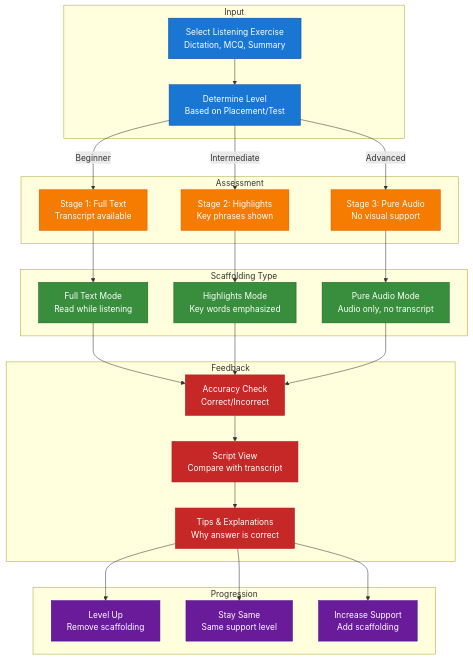
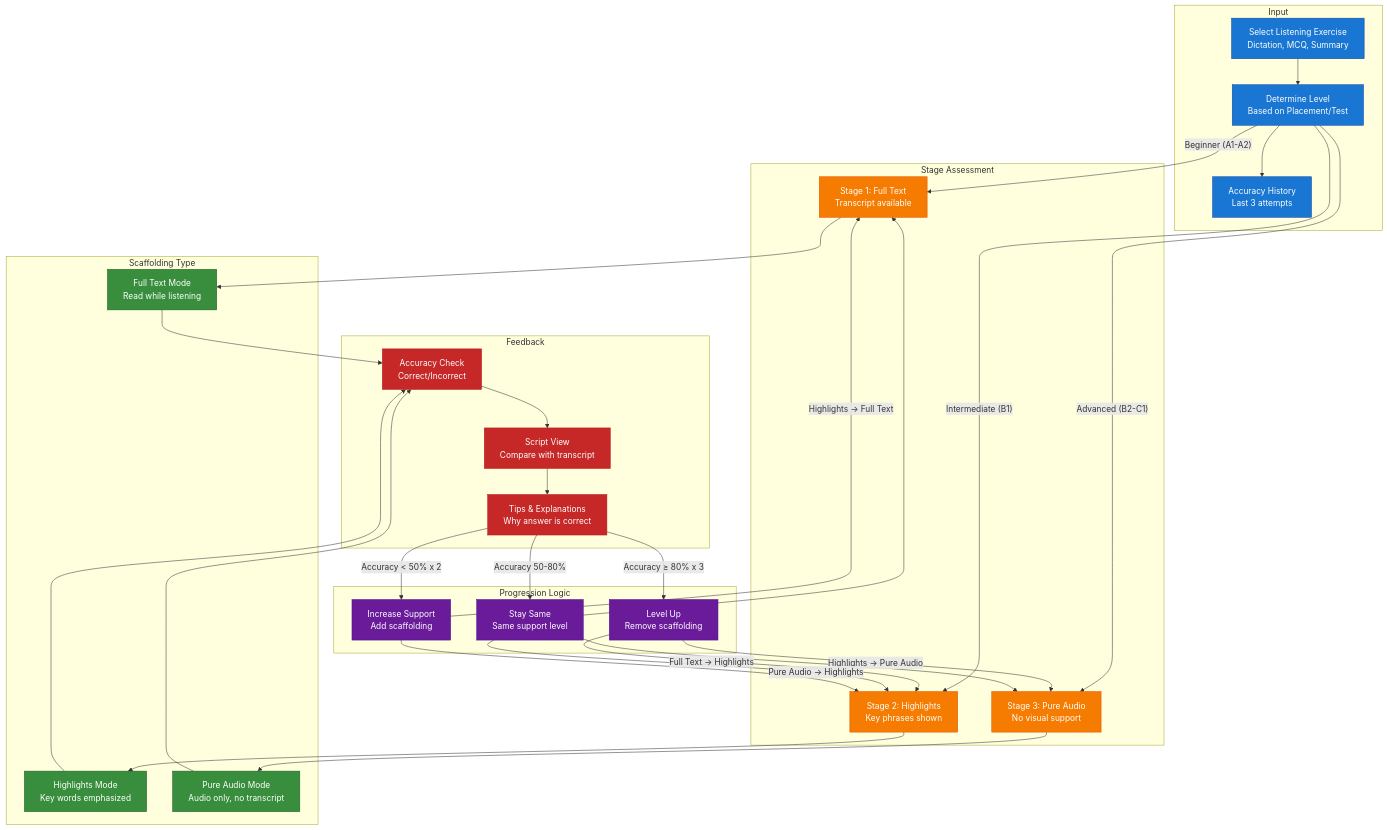
The tenth of 13 diagrams in docs/capstone/diagrams/flow-diagrams.vi.md (nghyane/VSTEP), drawn with Mermaid before and after one commit. The commit also changed other lines of this file, not shown here.

First line of the commit message:
docs: enhance flow diagrams with error handling, saga pattern, and confidence scoring

````diff
--- a/docs/capstone/diagrams/flow-diagrams.vi.md
+++ b/docs/capstone/diagrams/flow-diagrams.vi.md
@@ -258,59 +812,73 @@
 ```mermaid
 flowchart TB
     subgraph Input ["Input"]
         Exercise["Select Listening Exercise<br/>Dictation, MCQ, Summary"]
         Level["Determine Level<br/>Based on Placement/Test"]
+        AccuracyHistory["Accuracy History<br/>Last 3 attempts"]
     end
 
-    subgraph Assessment ["Assessment"]
+    subgraph Assessment ["Stage Assessment"]
         Stage1["Stage 1: Full Text<br/>Transcript available"]
         Stage2["Stage 2: Highlights<br/>Key phrases shown"]
         Stage3["Stage 3: Pure Audio<br/>No visual support"]
     end
 
     subgraph Scaffold ["Scaffolding Type"]
         FullText["Full Text Mode<br/>Read while listening"]
         Highlights["Highlights Mode<br/>Key words emphasized"]
         PureAudio["Pure Audio Mode<br/>Audio only, no transcript"]
     end
 
     subgraph Feedback ["Feedback"]
         Accuracy["Accuracy Check<br/>Correct/Incorrect"]
         Script["Script View<br/>Compare with transcript"]
         Tips["Tips & Explanations<br/>Why answer is correct"]
     end
 
-    subgraph Progression ["Progression"]
+    subgraph Progression ["Progression Logic"]
         Up["Level Up<br/>Remove scaffolding"]
         Stay["Stay Same<br/>Same support level"]
         Down["Increase Support<br/>Add scaffolding"]
     end
 
     Exercise --> Level
-    Level -->|Beginner| Stage1
-    Level -->|Intermediate| Stage2
-    Level -->|Advanced| Stage3
+    Level --> AccuracyHistory
+
+    Level -->|"Beginner (A1-A2)"| Stage1
+    Level -->|"Intermediate (B1)"| Stage2
+    Level -->|"Advanced (B2-C1)"| Stage3
+
     Stage1 --> FullText
     Stage2 --> Highlights
     Stage3 --> PureAudio
+
     FullText --> Accuracy
     Highlights --> Accuracy
     PureAudio --> Accuracy
     Accuracy --> Script
     Script --> Tips
-    Tips --> Up
-    Tips --> Stay
-    Tips --> Down
+
+    Tips -->|"Accuracy ≥ 80% x 3"| Up
+    Tips -->|"Accuracy 50-80%"| Stay
+    Tips -->|"Accuracy < 50% x 2"| Down
+
+    Up -->|"Full Text → Highlights"| Stage2
+    Up -->|"Highlights → Pure Audio"| Stage3
+    Stay --> Stage1
+    Stay --> Stage2
+    Stay --> Stage3
+    Down -->|"Pure Audio → Highlights"| Stage2
+    Down -->|"Highlights → Full Text"| Stage1
 
     classDef input fill:#1976d2,stroke:#0d47a1,color:#fff
     classDef assessment fill:#f57c00,stroke:#e65100,color:#fff
     classDef scaffold fill:#388e3c,stroke:#1b5e20,color:#fff
     classDef feedback fill:#c62828,stroke:#b71c1c,color:#fff
     classDef progression fill:#6a1b9a,stroke:#4a148c,color:#fff
 
-    class Exercise,Level input
+    class Exercise,Level,AccuracyHistory input
     class Stage1,Stage2,Stage3 assessment
     class FullText,Highlights,PureAudio scaffold
     class Accuracy,Script,Tips feedback
     class Up,Stay,Down progression
 ```
````
